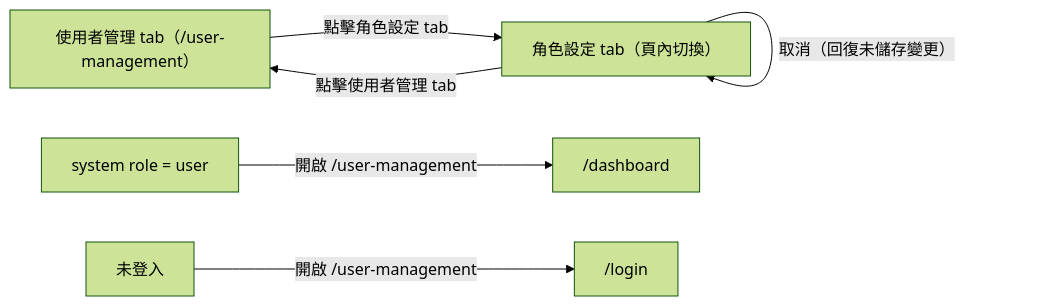
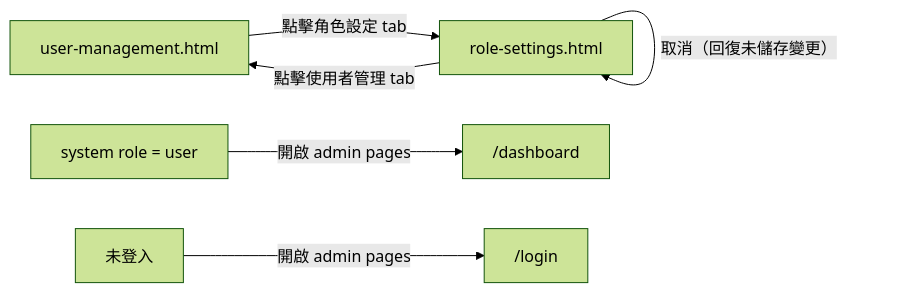
The second of 2 diagrams in specs/admin/007-role-settings/spec.md (singyichen/label-suite), drawn with Mermaid (forest theme) before and after one commit. The commit also changed other lines of this file and 5 other files, not shown here.

````diff
--- a/specs/admin/007-role-settings/spec.md
+++ b/specs/admin/007-role-settings/spec.md
@@ -235,8 +235,8 @@
 ```mermaid
 flowchart LR
-    um["使用者管理 tab（/user-management）"] -->|點擊角色設定 tab| rs["角色設定 tab（頁內切換）"]
+    um["user-management.html"] -->|點擊角色設定 tab| rs["role-settings.html"]
     rs -->|點擊使用者管理 tab| um
     rs -->|取消（回復未儲存變更）| rs
-    userBlocked["system role = user"] -->|開啟 /user-management| dashboard["/dashboard"]
-    guestBlocked["未登入"] -->|開啟 /user-management| login["/login"]
+    userBlocked["system role = user"] -->|開啟 admin pages| dashboard["/dashboard"]
+    guestBlocked["未登入"] -->|開啟 admin pages| login["/login"]
 ```
````
